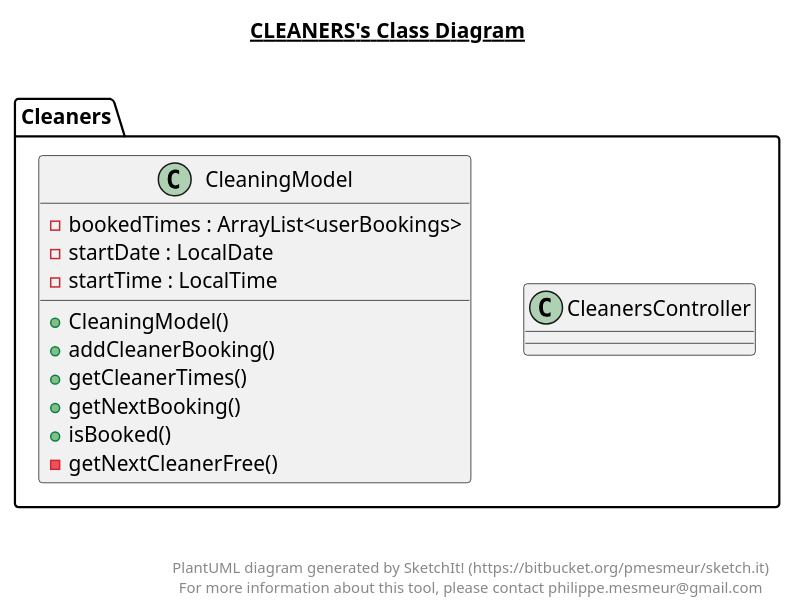
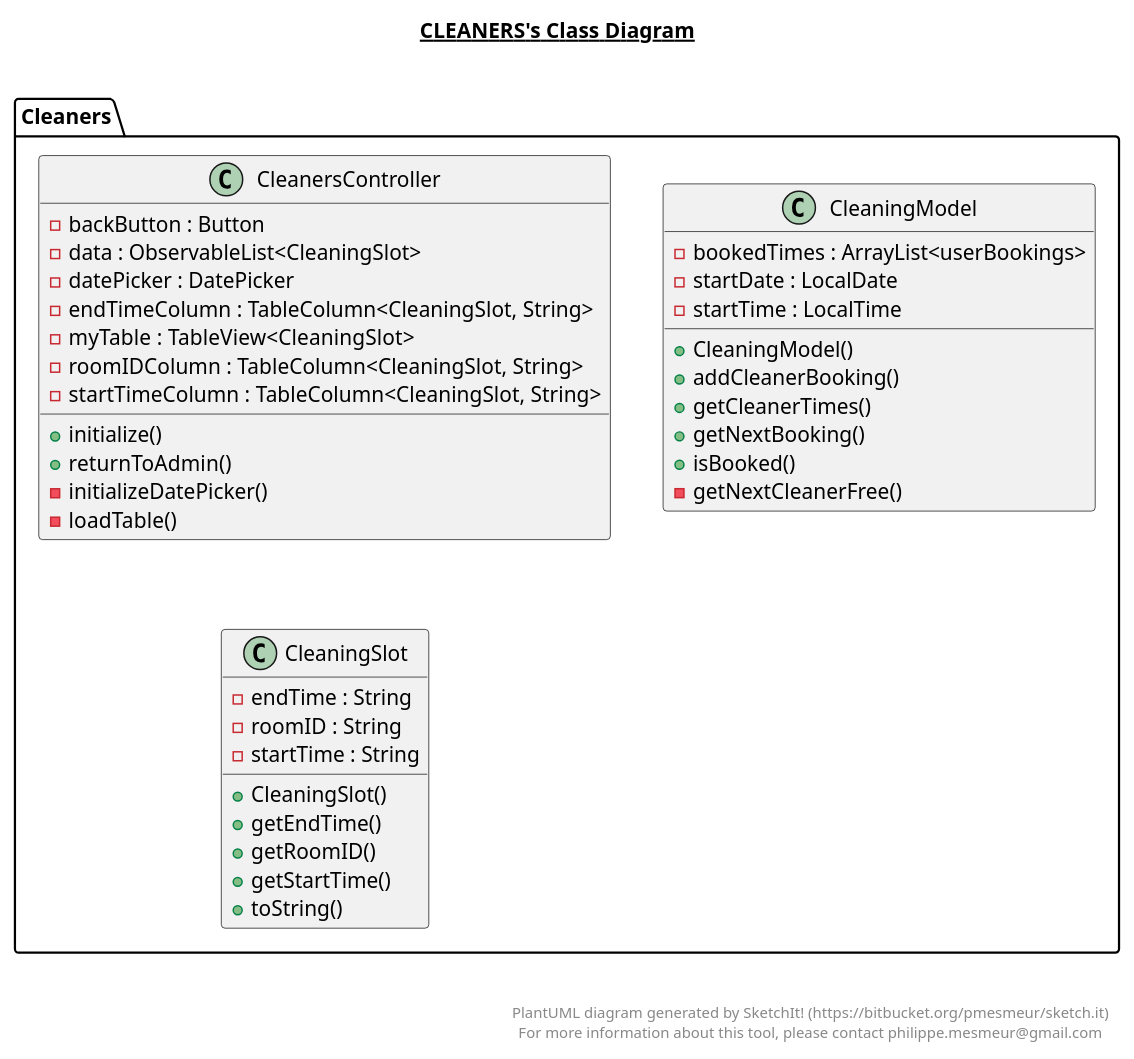
Before and after one commit to hegde-atri/meetingBooking: the diagram in src/Cleaners/Cleaners.plantuml, drawn with PlantUML. The commit also changed 6 other files, not shown here.

Commit message:
added UML class diagrams

```diff
--- a/src/Cleaners/Cleaners.plantuml
+++ b/src/Cleaners/Cleaners.plantuml
@@ -1,35 +1,60 @@
 @startuml
 
 title __CLEANERS's Class Diagram__\n
 
   namespace Cleaners {
     class Cleaners.CleanersController {
+        - backButton : Button
+        - data : ObservableList<CleaningSlot>
+        - datePicker : DatePicker
+        - endTimeColumn : TableColumn<CleaningSlot, String>
+        - myTable : TableView<CleaningSlot>
+        - roomIDColumn : TableColumn<CleaningSlot, String>
+        - startTimeColumn : TableColumn<CleaningSlot, String>
+        + initialize()
+        + returnToAdmin()
+        - initializeDatePicker()
+        - loadTable()
     }
   }
   
 
   namespace Cleaners {
     class Cleaners.CleaningModel {
         - bookedTimes : ArrayList<userBookings>
         - startDate : LocalDate
         - startTime : LocalTime
         + CleaningModel()
         + addCleanerBooking()
         + getCleanerTimes()
         + getNextBooking()
         + isBooked()
         - getNextCleanerFree()
     }
   }
   
 
+  namespace Cleaners {
+    class Cleaners.CleaningSlot {
+        - endTime : String
+        - roomID : String
+        - startTime : String
+        + CleaningSlot()
+        + getEndTime()
+        + getRoomID()
+        + getStartTime()
+        + toString()
+    }
+  }
+  
+
 
 
 right footer
 
 
 PlantUML diagram generated by SketchIt! (https://bitbucket.org/pmesmeur/sketch.it)
 For more information about this tool, please contact philippe.mesmeur@gmail.com
 endfooter
 
 @enduml
```
